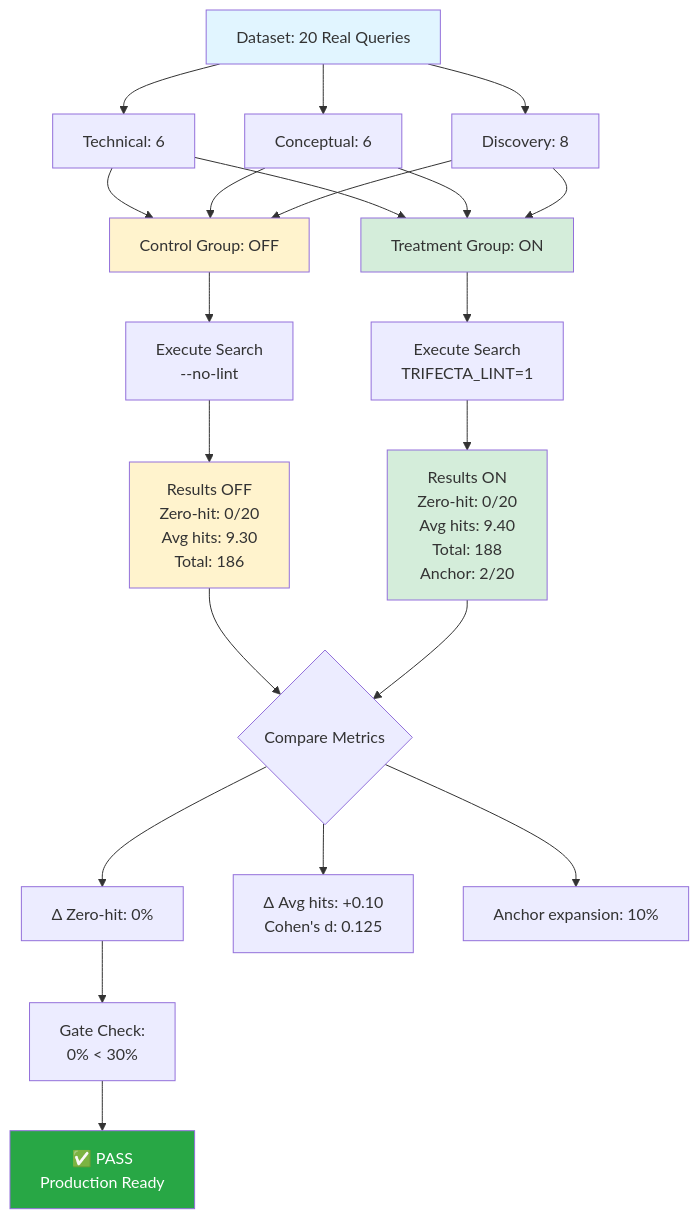
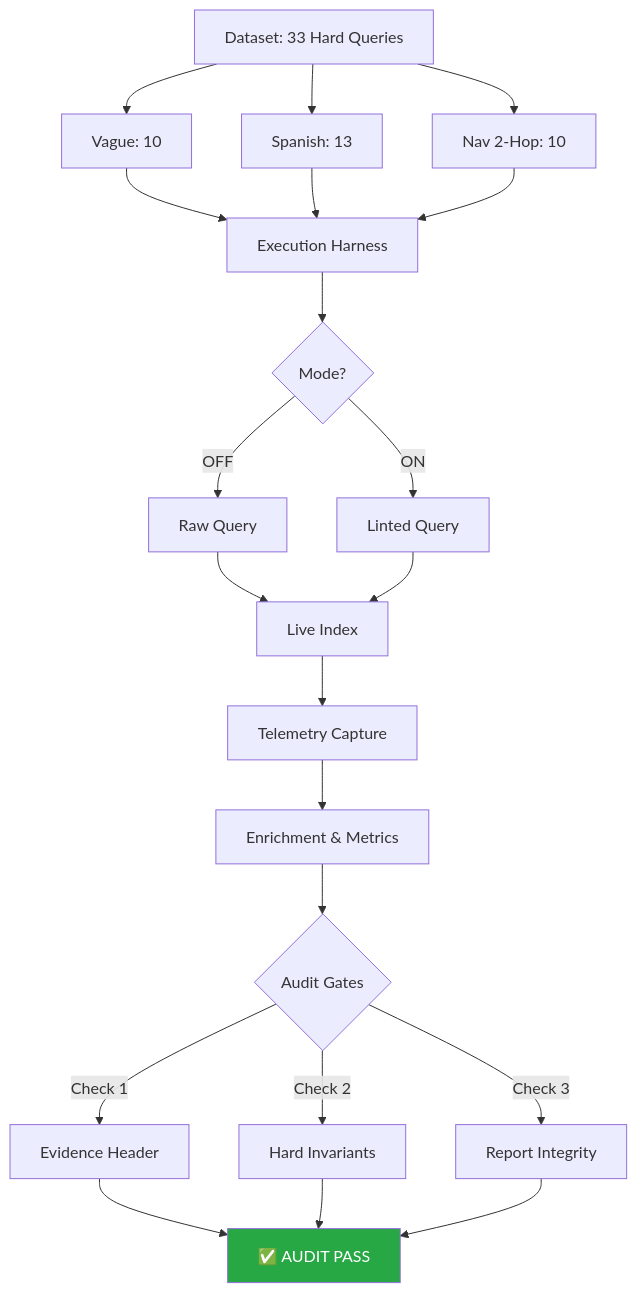
One commit to fegome90-cmd/trifecta_dope changed the first of 2 diagrams in docs/reports/field_exercises_scientific_analysis.md. Above: the diagram before and after it, drawn with Mermaid. The commit also changed other lines of this file, not shown here.

Commit message:
docs(report): update scientific analysis with v2.1 audit grade results

````diff
--- a/docs/reports/field_exercises_scientific_analysis.md
+++ b/docs/reports/field_exercises_scientific_analysis.md
@@ -30,37 +34,26 @@
 ```mermaid
 graph TD
-    A[Dataset: 20 Real Queries] --> B[Technical: 6]
-    A --> C[Conceptual: 6]
-    A --> D[Discovery: 8]
+    A[Dataset: 33 Hard Queries] --> B[Vague: 10]
+    A --> C[Spanish: 13]
+    A --> D[Nav 2-Hop: 10]
     
-    B --> E[Control Group: OFF]
-    C --> E
-    D --> E
+    B & C & D --> E[Execution Harness]
     
-    B --> F[Treatment Group: ON]
-    C --> F
-    D --> F
+    E --> F{Mode?}
+    F -->|OFF| G[Raw Query]
+    F -->|ON| H[Linted Query]
     
-    E --> G[Execute Search<br/>--no-lint]
-    F --> H[Execute Search<br/>TRIFECTA_LINT=1]
+    G & H --> I[Live Index]
+    I --> J[Telemetry Capture]
     
-    G --> I[Results OFF<br/>Zero-hit: 0/20<br/>Avg hits: 9.30<br/>Total: 186]
-    H --> J[Results ON<br/>Zero-hit: 0/20<br/>Avg hits: 9.40<br/>Total: 188<br/>Anchor: 2/20]
+    J --> K[Enrichment & Metrics]
+    K --> L{Audit Gates}
     
-    I --> K{Compare Metrics}
-    J --> K
+    L -->|Check 1| M[Evidence Header]
+    L -->|Check 2| N[Hard Invariants]
+    L -->|Check 3| O[Report Integrity]
     
-    K --> L[Δ Zero-hit: 0%]
-    K --> M[Δ Avg hits: +0.10<br/>Cohen's d: 0.125]
-    K --> N[Anchor expansion: 10%]
+    M & N & O --> P[✅ AUDIT PASS]
     
-    L --> O[Gate Check:<br/>0% < 30%]
-    O --> P[✅ PASS<br/>Production Ready]
-    
-    style A fill:#e1f5ff
-    style E fill:#fff3cd
-    style F fill:#d4edda
-    style I fill:#fff3cd
-    style J fill:#d4edda
     style P fill:#28a745,color:#fff
 ```
````
